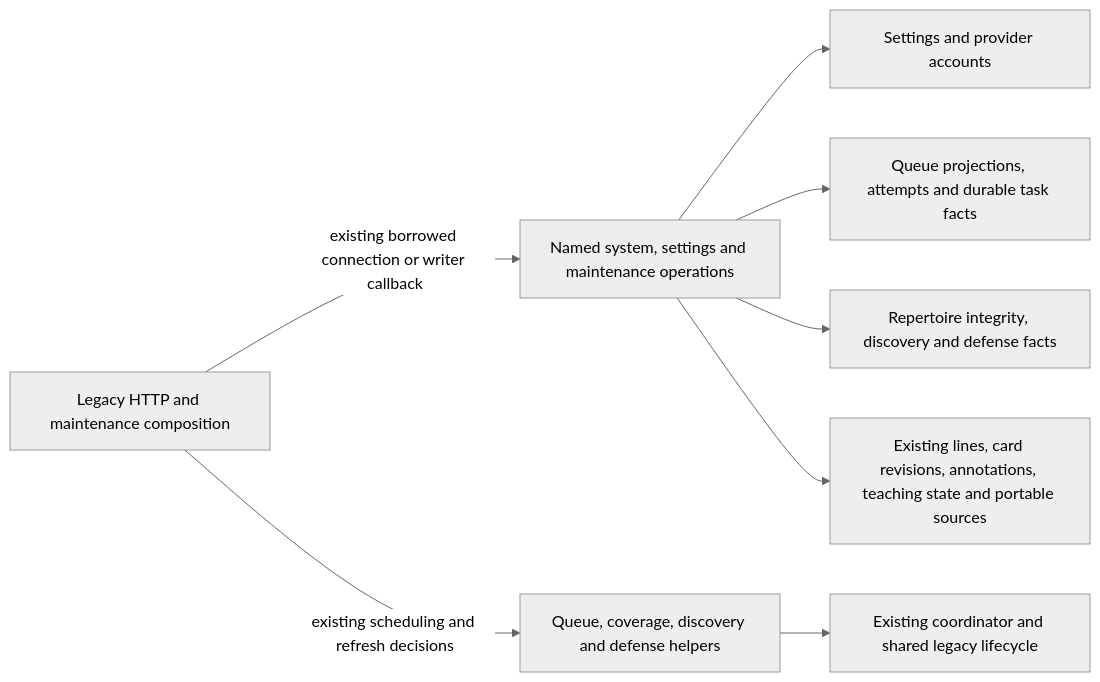
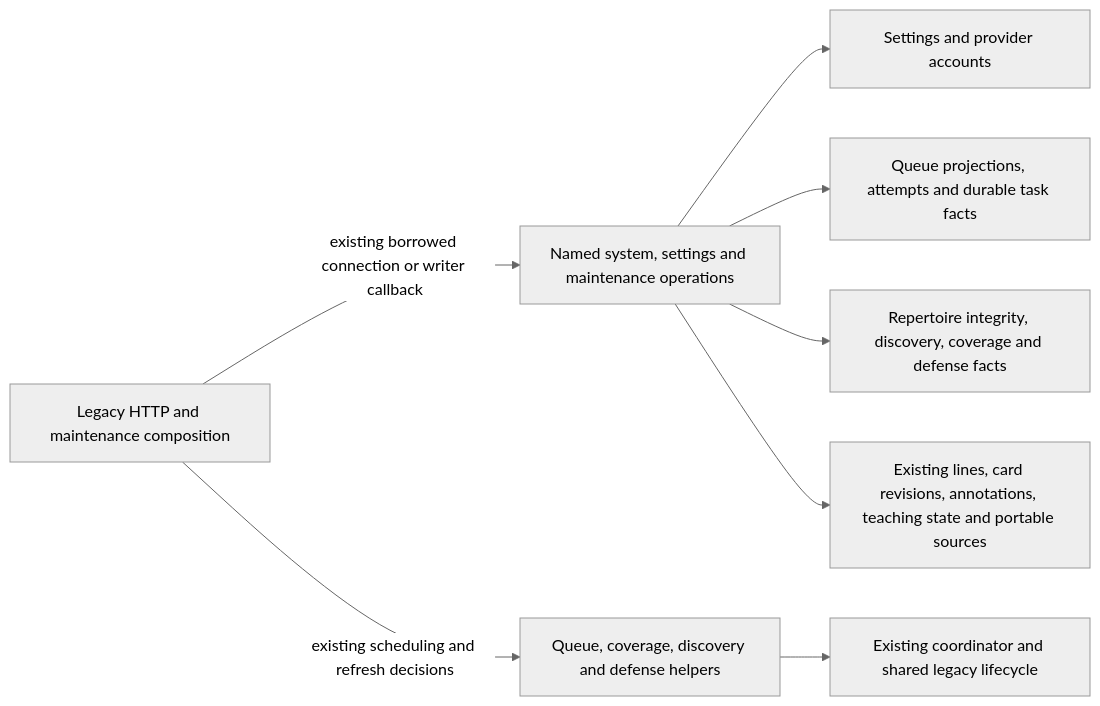
Before and after one commit to aaweaver-actuary/tempo: the diagram in database/tempo_legacy_database/adapters/http_composition/README.md, drawn with Mermaid (neutral theme). The commit also changed other lines of this file and 6 other files, not shown here.

Commit message:
Centralize practice discovery and coverage control projections

````diff
--- a/database/tempo_legacy_database/adapters/http_composition/README.md
+++ b/database/tempo_legacy_database/adapters/http_composition/README.md
@@ -17,10 +20,10 @@
 ```mermaid
 flowchart LR
   http[Legacy HTTP and maintenance composition] -->|existing borrowed connection or writer callback| store[Named system, settings and maintenance operations]
   http -->|existing scheduling and refresh decisions| jobs[Queue, coverage, discovery and defense helpers]
   store --> settings[Settings and provider accounts]
   store --> queue[Queue projections, attempts and durable task facts]
-  store --> source[Repertoire integrity, discovery and defense facts]
+  store --> source[Repertoire integrity, discovery, coverage and defense facts]
   store --> authoring[Existing lines, card revisions, annotations, teaching state and portable sources]
   jobs --> lifecycle[Existing coordinator and shared legacy lifecycle]
 ```
````
